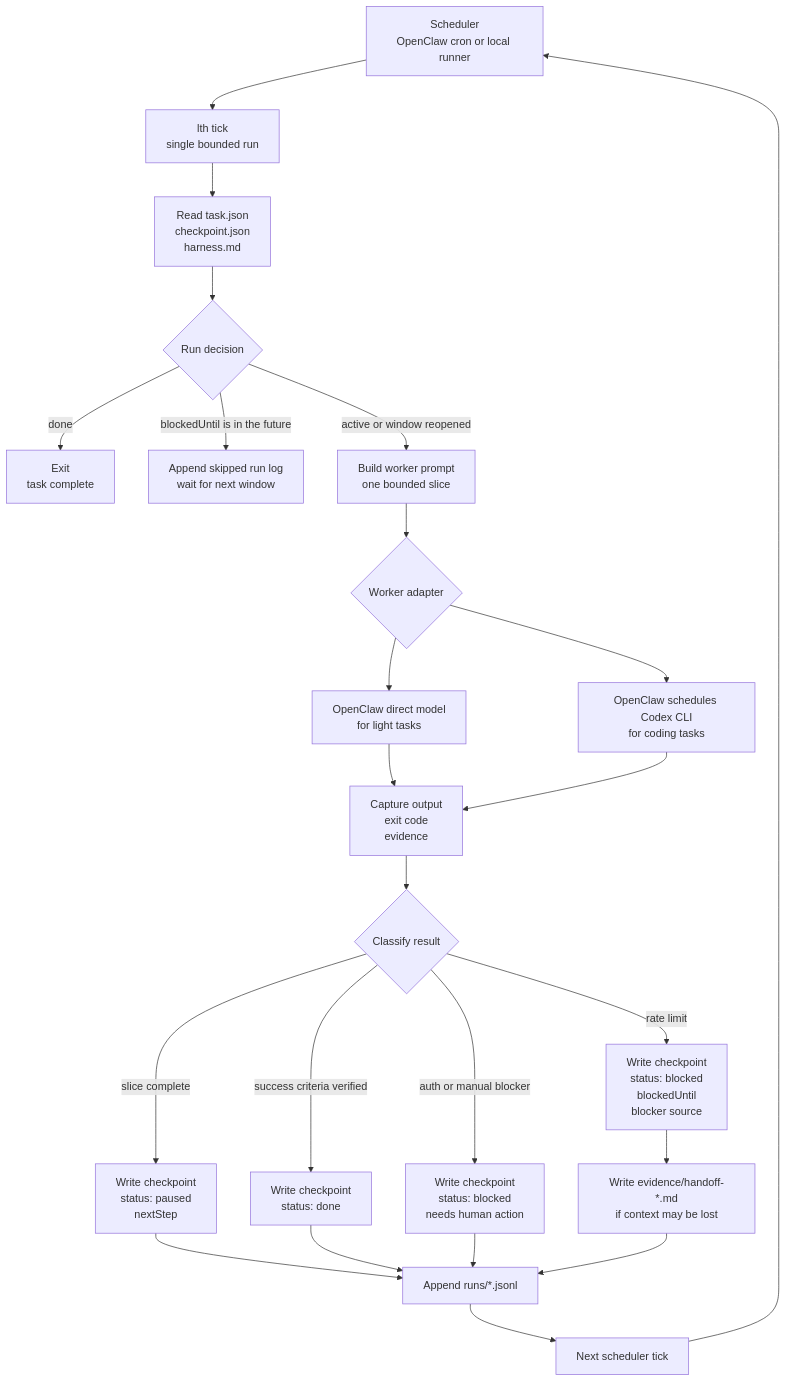
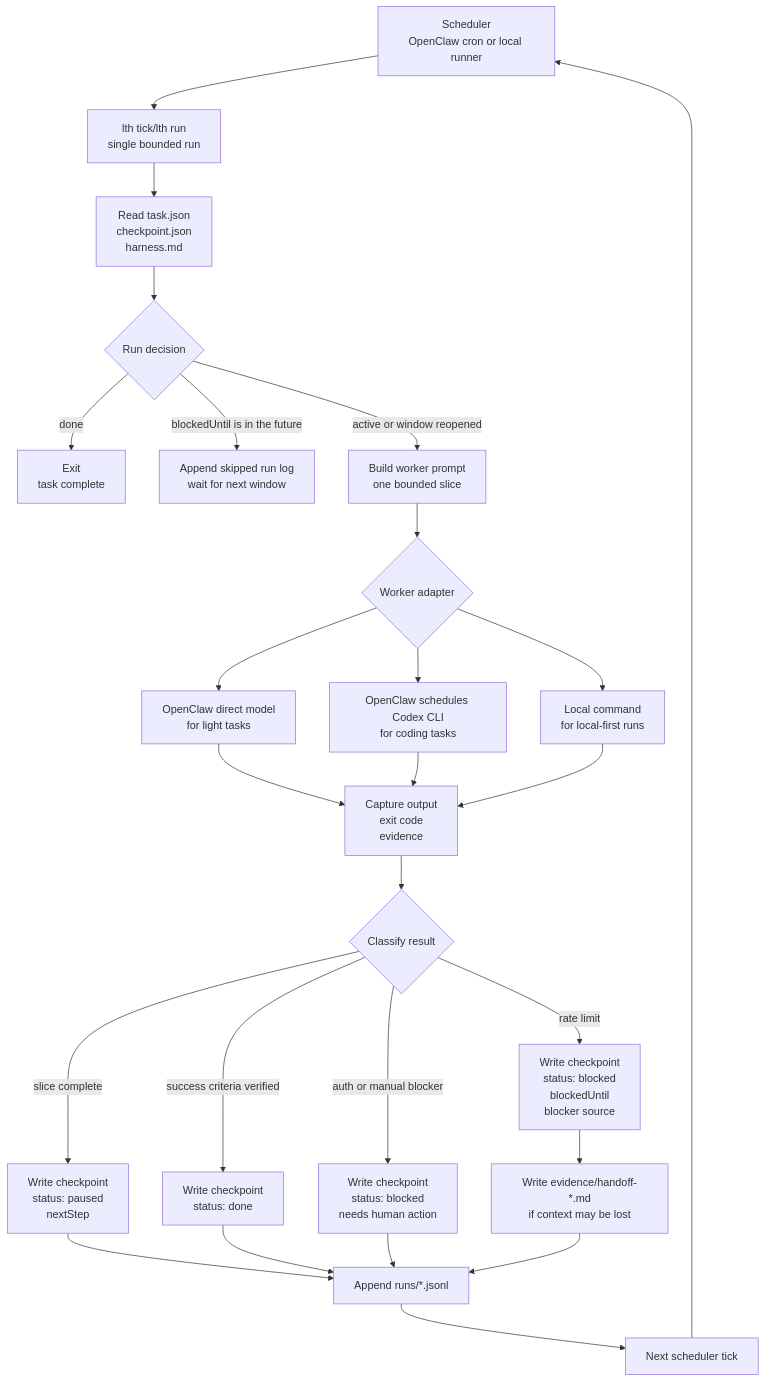
The diagram in README.md (7oru/longtask-harness), drawn with Mermaid before and after one commit. The commit also changed other lines of this file and 7 other files, not shown here.

Commit message:
Add local worker runner

````diff
--- a/README.md
+++ b/README.md
@@ -35,32 +35,34 @@
 ```mermaid
 flowchart TD
-  Scheduler["Scheduler<br/>OpenClaw cron or local runner"] --> Tick["lth tick<br/>single bounded run"]
+  Scheduler["Scheduler<br/>OpenClaw cron or local runner"] --> Tick["lth tick/lth run<br/>single bounded run"]
   Tick --> ReadState["Read task.json<br/>checkpoint.json<br/>harness.md"]
   ReadState --> Decision{"Run decision"}
 
   Decision -->|done| ExitDone["Exit<br/>task complete"]
   Decision -->|blockedUntil is in the future| Wait["Append skipped run log<br/>wait for next window"]
   Decision -->|active or window reopened| Prompt["Build worker prompt<br/>one bounded slice"]
 
   Prompt --> Worker{"Worker adapter"}
   Worker --> Direct["OpenClaw direct model<br/>for light tasks"]
   Worker --> Codex["OpenClaw schedules Codex CLI<br/>for coding tasks"]
+  Worker --> Local["Local command<br/>for local-first runs"]
 
   Direct --> Capture["Capture output<br/>exit code<br/>evidence"]
   Codex --> Capture
+  Local --> Capture
   Capture --> Classify{"Classify result"}
 
   Classify -->|slice complete| Paused["Write checkpoint<br/>status: paused<br/>nextStep"]
   Classify -->|success criteria verified| Done["Write checkpoint<br/>status: done"]
   Classify -->|rate limit| Blocked["Write checkpoint<br/>status: blocked<br/>blockedUntil<br/>blocker source"]
   Classify -->|auth or manual blocker| NeedsHuman["Write checkpoint<br/>status: blocked<br/>needs human action"]
 
   Paused --> Runs["Append runs/*.jsonl"]
   Done --> Runs
   Blocked --> Handoff["Write evidence/handoff-*.md<br/>if context may be lost"]
   NeedsHuman --> Runs
   Handoff --> Runs
 
   Runs --> NextTick["Next scheduler tick"]
   NextTick --> Scheduler
 ```
````
